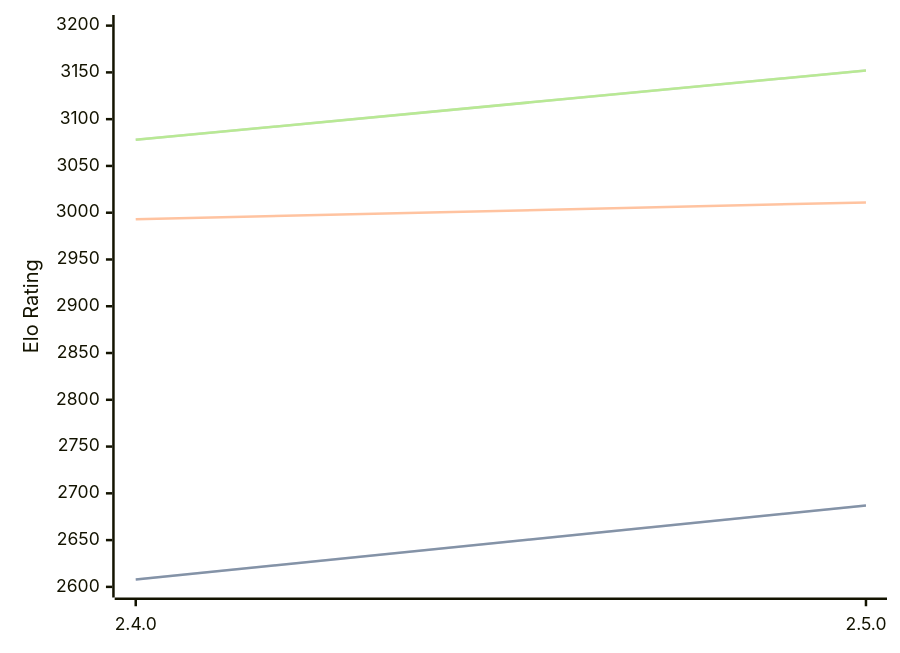
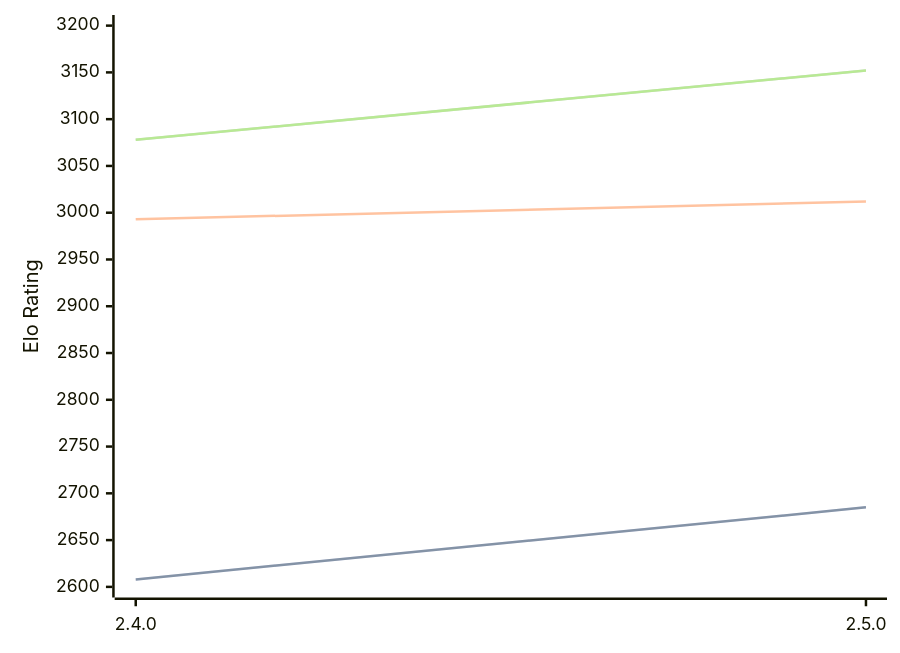
One commit to computer-chess-index/cci changed the diagram in engines/Sturddle2.md. Above: the diagram before and after it, drawn with Mermaid. The commit also changed other lines of this file, not shown here.

````diff
--- a/engines/Sturddle2.md
+++ b/engines/Sturddle2.md
@@ -37,11 +37,11 @@
 ```mermaid
 %%{init: {"theme":"base","themeVariables":{"seriesColors:['#a3a3a3','#222221','#faa371']}}}%%
 xychart-beta
   x-axis ["2.4.0", "2.5.0"]
   y-axis "Elo Rating" 2600 --> 3200
-  line "STC (8.0+0.08s)" [2608, 2687]
-  line "STC (8.0+0.08s)" [2608, 2687]
-  line "LTC (60.0+0.60s)" [2993, 3011]
+  line "STC (8.0+0.08s)" [2608, 2685]
+  line "STC (8.0+0.08s)" [2608, 2685]
+  line "LTC (60.0+0.60s)" [2993, 3012]
   line "VLTC (2m24s+1.12s)" [3078, 3152]
   line "VLTC (2m24s+1.12s)" [3078, 3152]
 ```
````
